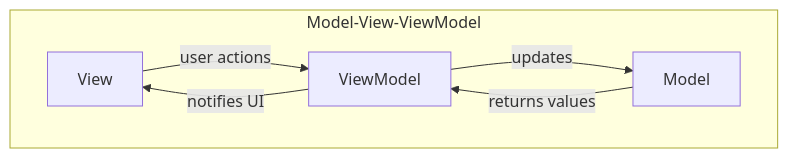
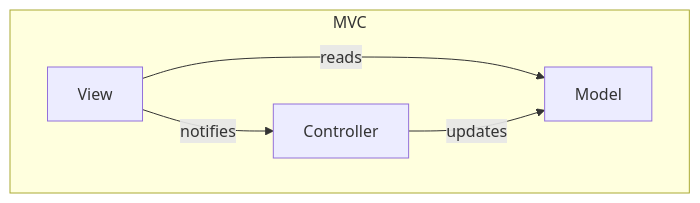
One commit to danielvie/code changed the diagram in python/py_view/README.md. Above: the diagram before and after it, drawn with Mermaid. The commit also changed other lines of this file and 7 other files, not shown here.

````diff
--- a/python/py_view/README.md
+++ b/python/py_view/README.md
@@ -1,13 +1,12 @@
 ```mermaid
 graph TD
-    subgraph Model-View-ViewModel
+    subgraph MVC
+        C[Controller]
+        M[Model]
         V[View]
-        M[Model]
-        VM[ViewModel]
     end
 
-    V -->|user actions| VM
-    VM -->|updates| M
-    M -->|returns values| VM
-    VM -->|notifies UI| V
+    V -->|reads| M
+    V -->|notifies| C
+    C -->|updates| M
 ```
````
